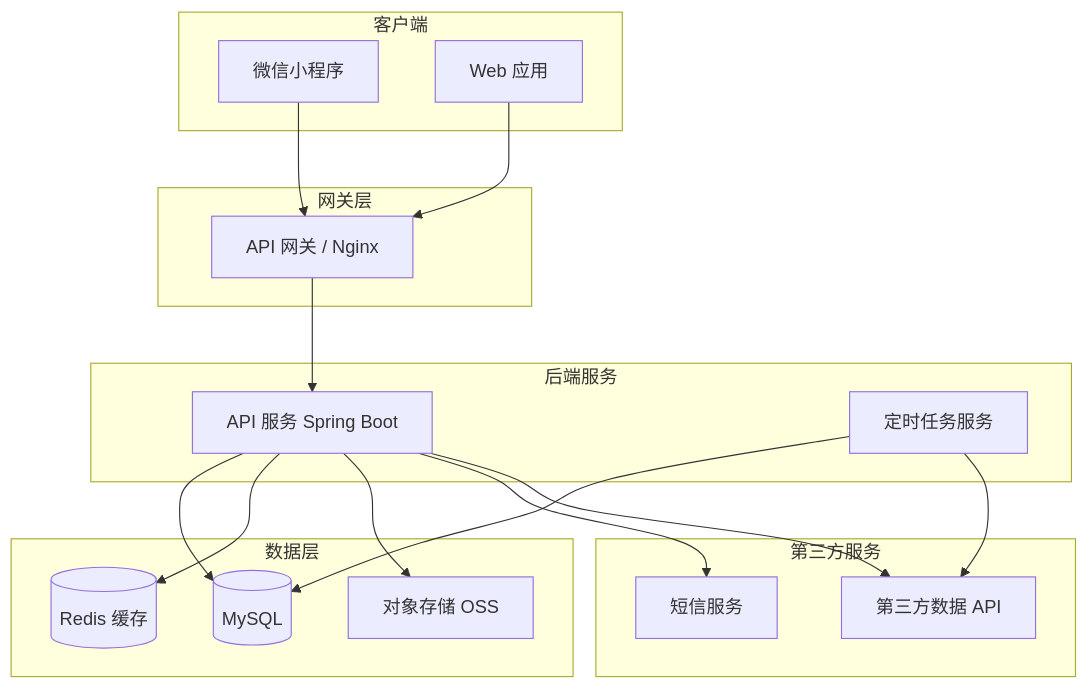
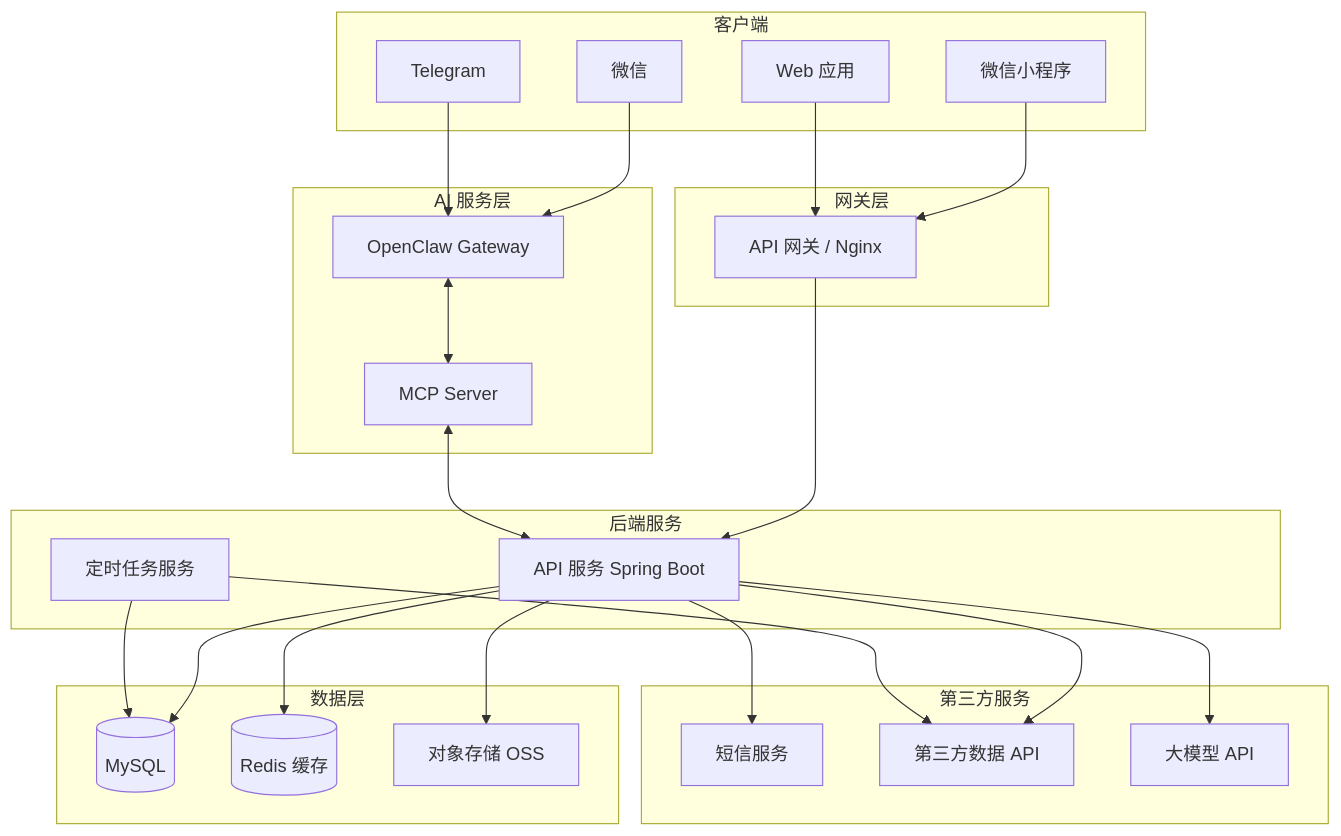
Before and after one commit to YUGUO-YU/legal-assistant: the first of 8 diagrams in .monkeycode/specs/legal-assistant/design.md, drawn with Mermaid. The commit also changed other lines of this file and 2 other files, not shown here.

First line of the commit message:
feat: 集成 OpenClaw AI 助手服务

````diff
--- a/.monkeycode/specs/legal-assistant/design.md
+++ b/.monkeycode/specs/legal-assistant/design.md
@@ -13,38 +13,51 @@
 ```mermaid
 graph TB
     subgraph 客户端
         WX["微信小程序"]
         WEB["Web 应用"]
+        WECHAT["微信"]
+        TELEGRAM["Telegram"]
     end
 
     subgraph 网关层
         GW["API 网关 / Nginx"]
+    end
+
+    subgraph AI 服务层
+        OC["OpenClaw Gateway"]
+        MCP["MCP Server"]
     end
 
     subgraph 后端服务
         API["API 服务 Spring Boot"]
         JOB["定时任务服务"]
     end
 
     subgraph 数据层
         DB[("MySQL")]
         REDIS[("Redis 缓存")]
         OSS["对象存储 OSS"]
     end
 
     subgraph 第三方服务
         SMS["短信服务"]
         THIRD["第三方数据 API"]
+        LLM["大模型 API"]
     end
 
     WX --> GW
     WEB --> GW
+    WECHAT --> OC
+    TELEGRAM --> OC
     GW --> API
+    OC <--> MCP
+    MCP <--> API
     API --> DB
     API --> REDIS
     API --> OSS
     API --> SMS
     API --> THIRD
+    API --> LLM
     JOB --> DB
     JOB --> THIRD
 ```
````
